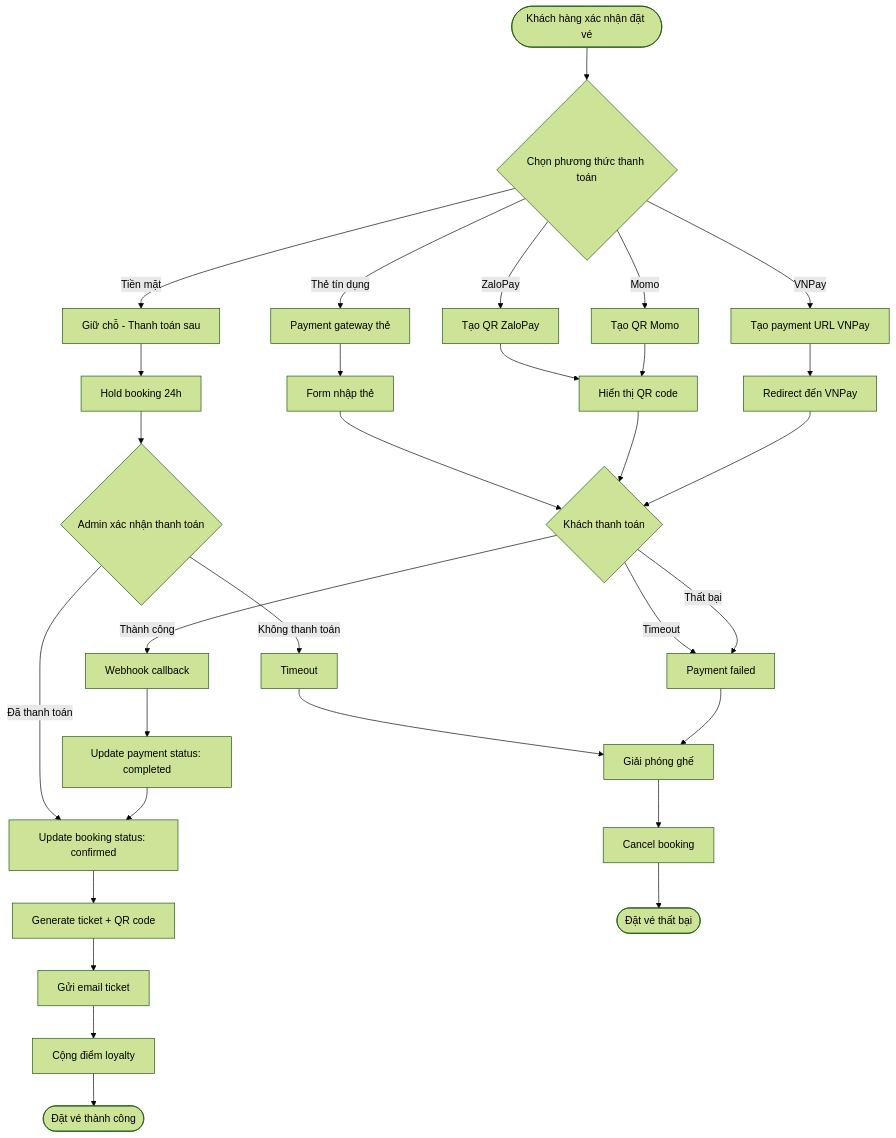
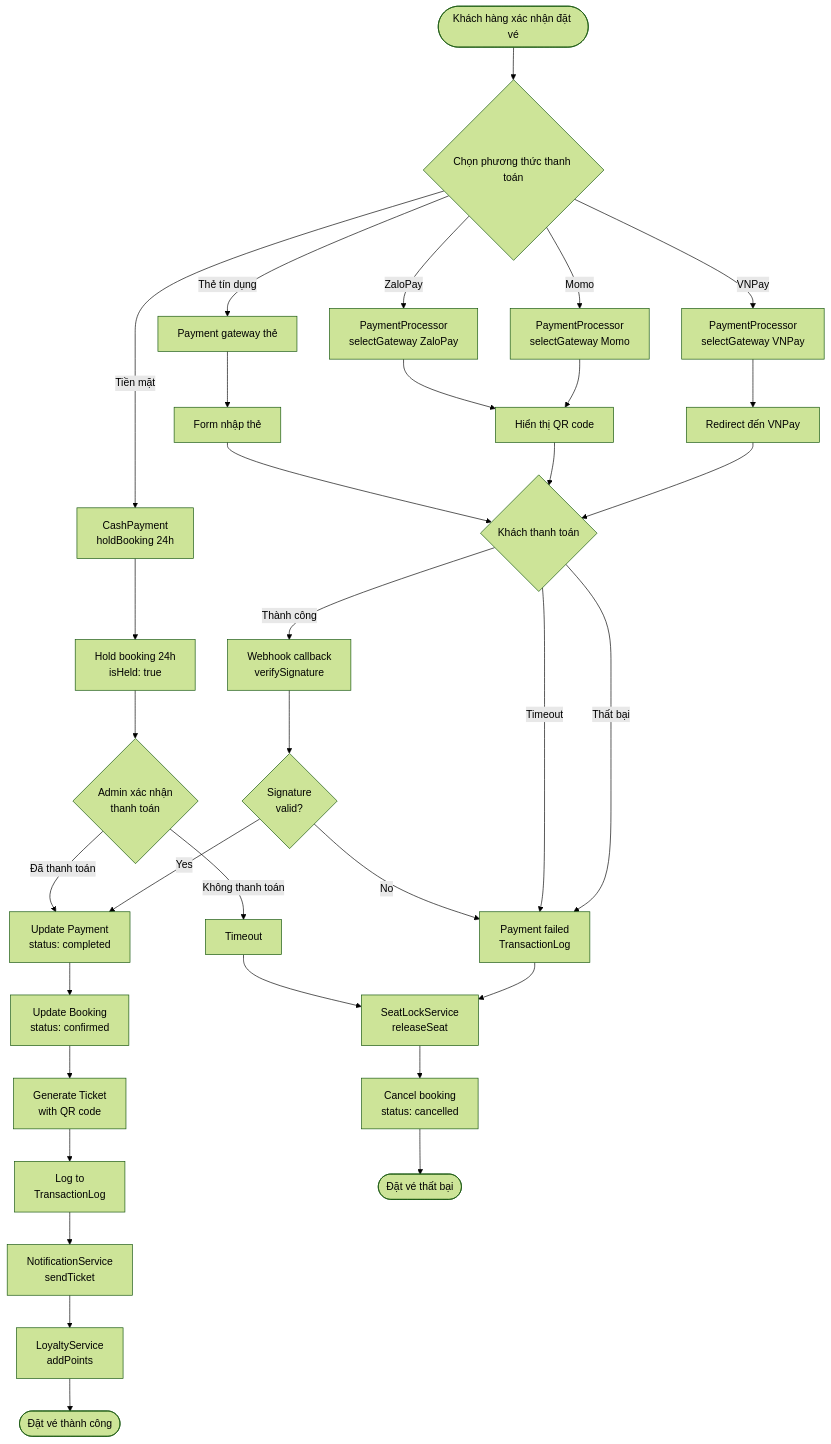
Before and after one commit to nhkhanhyn0410/Te2_quikride: diagram 22 of 33 in WEBSITE_DIAGRAM.md, drawn with Mermaid (forest theme). The commit also changed other lines of this file, not shown here.

First line of the commit message:
docs: Enhance Payment System with comprehensive class diagrams and flows

````diff
--- a/WEBSITE_DIAGRAM.md
+++ b/WEBSITE_DIAGRAM.md
@@ -1204,40 +1478,44 @@
 ```mermaid
 flowchart TD
     START([Khách hàng xác nhận đặt vé]) --> SELECT{Chọn phương thức thanh toán}
 
-    SELECT -->|VNPay| VNPAY[Tạo payment URL VNPay]
-    SELECT -->|Momo| MOMO[Tạo QR Momo]
-    SELECT -->|ZaloPay| ZALO[Tạo QR ZaloPay]
+    SELECT -->|VNPay| VNPAY[PaymentProcessor<br/>selectGateway VNPay]
+    SELECT -->|Momo| MOMO[PaymentProcessor<br/>selectGateway Momo]
+    SELECT -->|ZaloPay| ZALO[PaymentProcessor<br/>selectGateway ZaloPay]
     SELECT -->|Thẻ tín dụng| CARD[Payment gateway thẻ]
-    SELECT -->|Tiền mặt| CASH[Giữ chỗ - Thanh toán sau]
+    SELECT -->|Tiền mặt| CASH[CashPayment<br/>holdBooking 24h]
 
     VNPAY --> REDIRECT[Redirect đến VNPay]
     MOMO --> QRCODE[Hiển thị QR code]
     ZALO --> QRCODE
     CARD --> CARDFORM[Form nhập thẻ]
 
     REDIRECT --> CUSTOMER_PAY{Khách thanh toán}
     QRCODE --> CUSTOMER_PAY
     CARDFORM --> CUSTOMER_PAY
 
-    CUSTOMER_PAY -->|Thành công| WEBHOOK[Webhook callback]
+    CUSTOMER_PAY -->|Thành công| WEBHOOK[Webhook callback<br/>verifySignature]
     CUSTOMER_PAY -->|Thất bại| FAILED
     CUSTOMER_PAY -->|Timeout| FAILED
 
-    WEBHOOK --> UPDATE_PAYMENT[Update payment status: completed]
-    UPDATE_PAYMENT --> UPDATE_BOOKING[Update booking status: confirmed]
-    UPDATE_BOOKING --> GEN_TICKET[Generate ticket + QR code]
-    GEN_TICKET --> SEND_EMAIL[Gửi email ticket]
-    SEND_EMAIL --> ADD_POINTS[Cộng điểm loyalty]
+    WEBHOOK --> VERIFY{Signature<br/>valid?}
+    VERIFY -->|Yes| UPDATE_PAYMENT[Update Payment<br/>status: completed]
+    VERIFY -->|No| FAILED
+
+    UPDATE_PAYMENT --> UPDATE_BOOKING[Update Booking<br/>status: confirmed]
+    UPDATE_BOOKING --> GEN_TICKET[Generate Ticket<br/>with QR code]
+    GEN_TICKET --> LOG_TRANSACTION[Log to<br/>TransactionLog]
+    LOG_TRANSACTION --> SEND_EMAIL[NotificationService<br/>sendTicket]
+    SEND_EMAIL --> ADD_POINTS[LoyaltyService<br/>addPoints]
     ADD_POINTS --> SUCCESS([Đặt vé thành công])
 
-    CASH --> HOLD[Hold booking 24h]
-    HOLD --> MANUAL_CONFIRM{Admin xác nhận thanh toán}
-    MANUAL_CONFIRM -->|Đã thanh toán| UPDATE_BOOKING
+    CASH --> HOLD[Hold booking 24h<br/>isHeld: true]
+    HOLD --> MANUAL_CONFIRM{Admin xác nhận<br/>thanh toán}
+    MANUAL_CONFIRM -->|Đã thanh toán| UPDATE_PAYMENT
     MANUAL_CONFIRM -->|Không thanh toán| TIMEOUT
 
-    FAILED[Payment failed] --> RELEASE_SEATS[Giải phóng ghế]
+    FAILED[Payment failed<br/>TransactionLog] --> RELEASE_SEATS[SeatLockService<br/>releaseSeat]
     TIMEOUT[Timeout] --> RELEASE_SEATS
-    RELEASE_SEATS --> CANCEL_BOOKING[Cancel booking]
+    RELEASE_SEATS --> CANCEL_BOOKING[Cancel booking<br/>status: cancelled]
     CANCEL_BOOKING --> END([Đặt vé thất bại])
 ```
````
